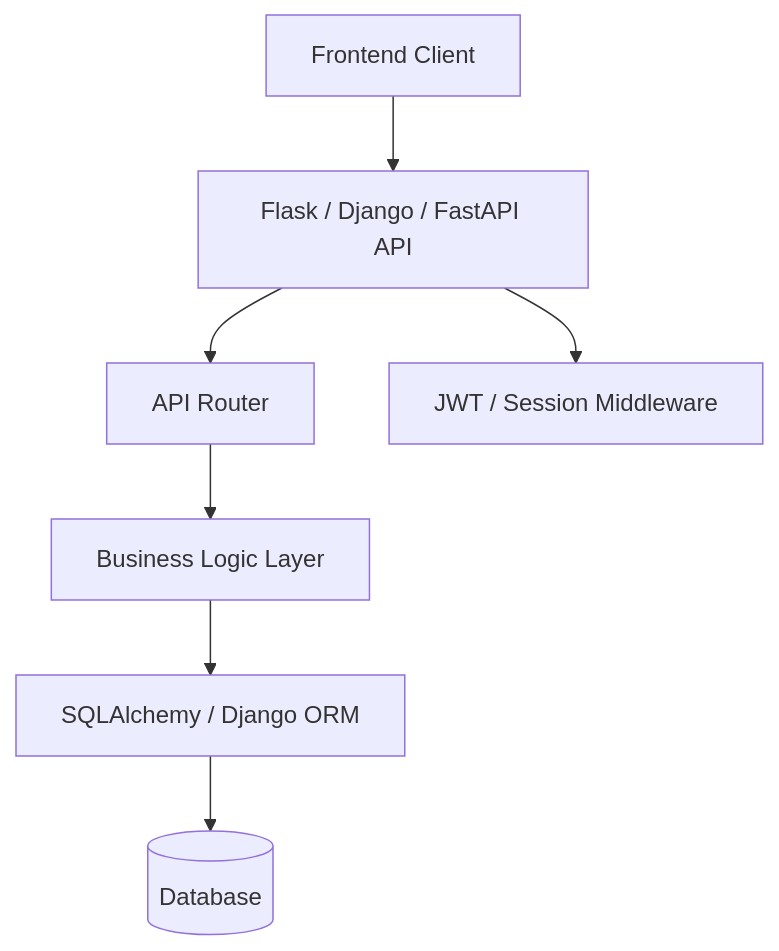
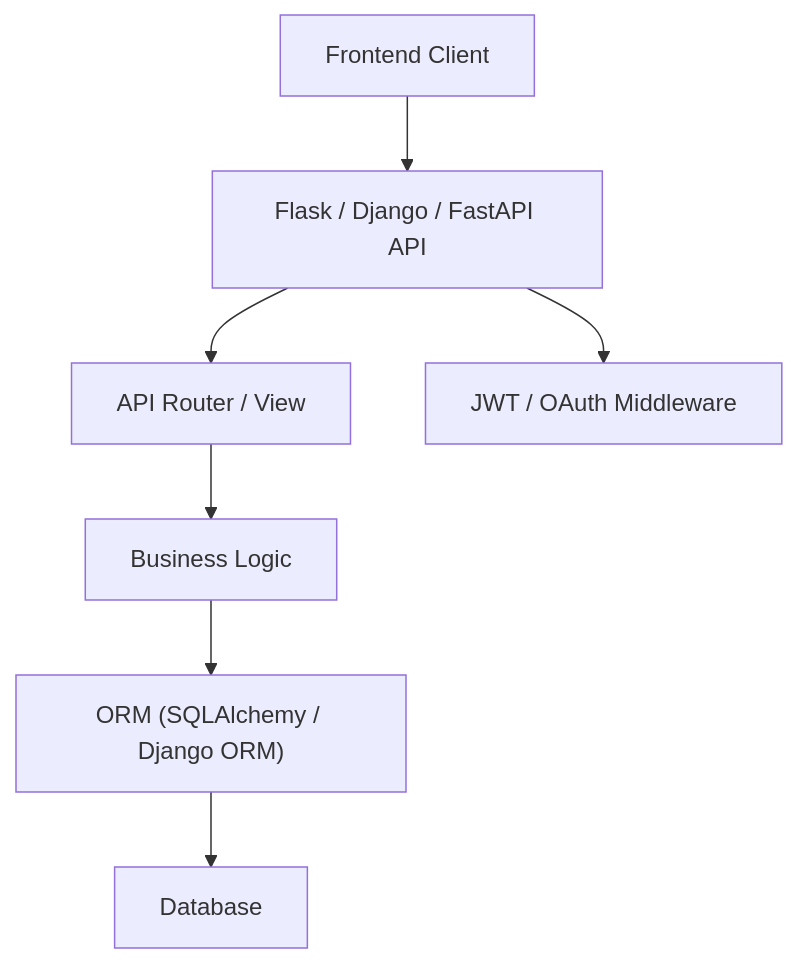
One commit to z4heer/Tech-Skill-Prep--Set-Goal changed the second of 5 diagrams in int-prep3/arch-frmwrks.md. Above: the diagram before and after it, drawn with Mermaid. The commit also changed other lines of this file, not shown here.

````diff
--- a/int-prep3/arch-frmwrks.md
+++ b/int-prep3/arch-frmwrks.md
@@ -51,9 +50,10 @@
 ```mermaid
 graph TD
-  FE[Frontend Client] --> API[Flask / Django / FastAPI API]
-  API --> Router[API Router]
-  Router --> Logic[Business Logic Layer]
-  Logic --> ORM[SQLAlchemy / Django ORM]
-  ORM --> DB[(Database)]
-  API --> Auth[JWT / Session Middleware]
+    Client["Frontend Client"]
+    Client --> API["Flask / Django / FastAPI API"]
+    API --> Router["API Router / View"]
+    Router --> Logic["Business Logic"]
+    Logic --> ORM["ORM (SQLAlchemy / Django ORM)"]
+    ORM --> DB["Database"]
+    API --> Auth["JWT / OAuth Middleware"]
 ```
````
